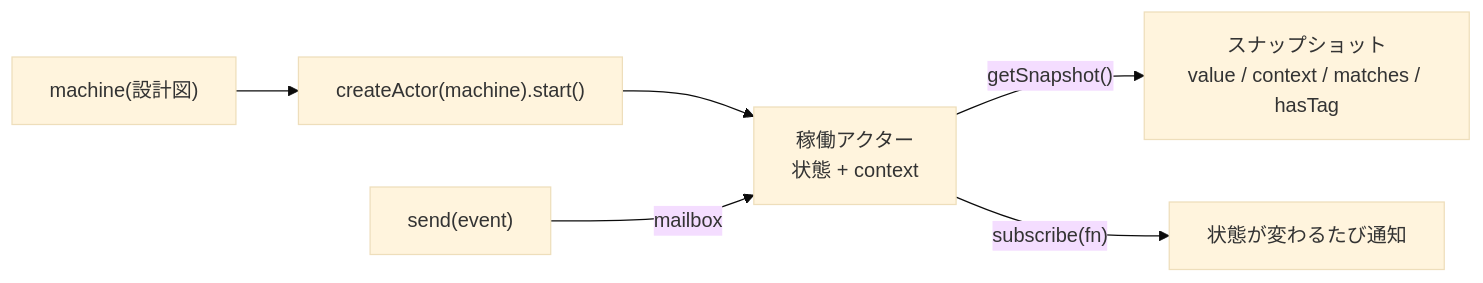
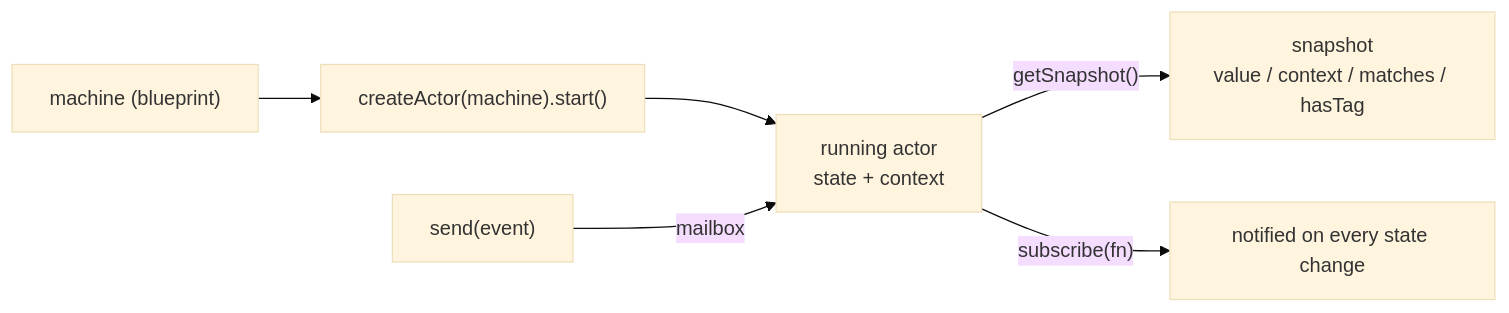
Before and after one commit to uraitakahito/browserhive: the second of 4 diagrams in docs-site/src/content/docs/xstate-primer.mdx, drawn with Mermaid (base theme). The commit also changed other lines of this file and 17 other files, not shown here.

````diff
--- a/docs-site/src/content/docs/xstate-primer.mdx
+++ b/docs-site/src/content/docs/xstate-primer.mdx
@@ -111,8 +112,8 @@
 ```mermaid
 flowchart LR
-  M["machine(設計図)"] --> CA["createActor(machine).start()"]
-  CA --> ACT["稼働アクター<br>状態 + context"]
+  M["machine (blueprint)"] --> CA["createActor(machine).start()"]
+  CA --> ACT["running actor<br>state + context"]
   S["send(event)"] -->|mailbox| ACT
-  ACT -->|"getSnapshot()"| SNAP["スナップショット<br>value / context / matches / hasTag"]
-  ACT -->|"subscribe(fn)"| OBS["状態が変わるたび通知"]
+  ACT -->|"getSnapshot()"| SNAP["snapshot<br>value / context / matches / hasTag"]
+  ACT -->|"subscribe(fn)"| OBS["notified on every state change"]
 ```
````
